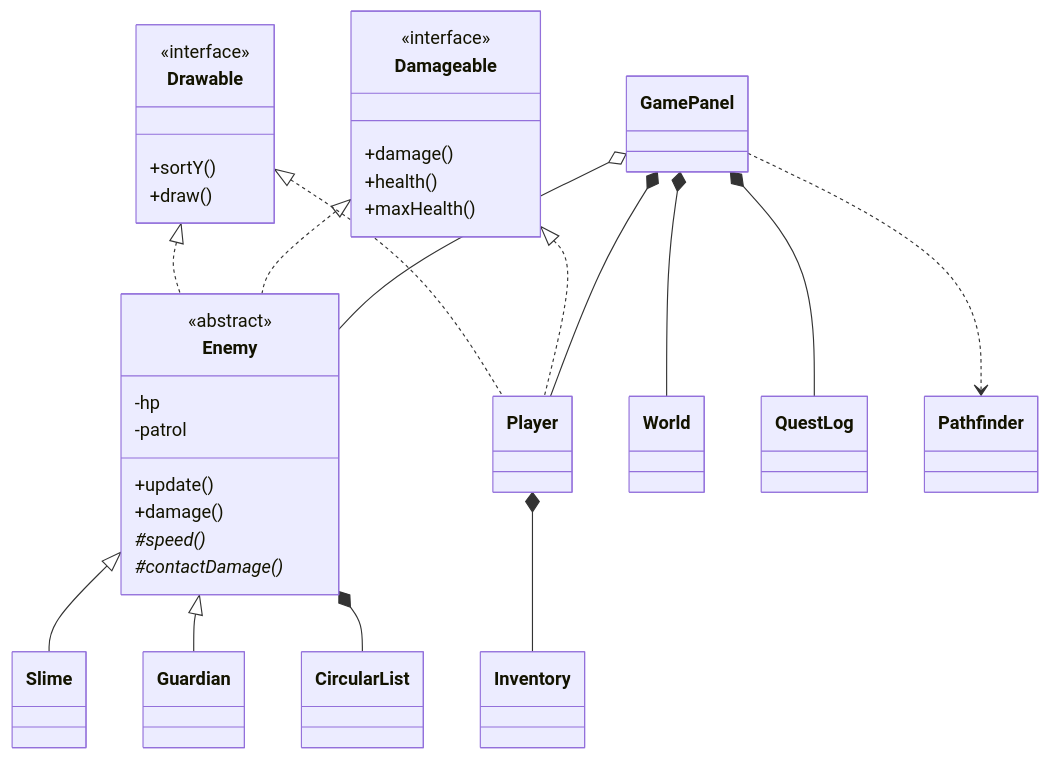
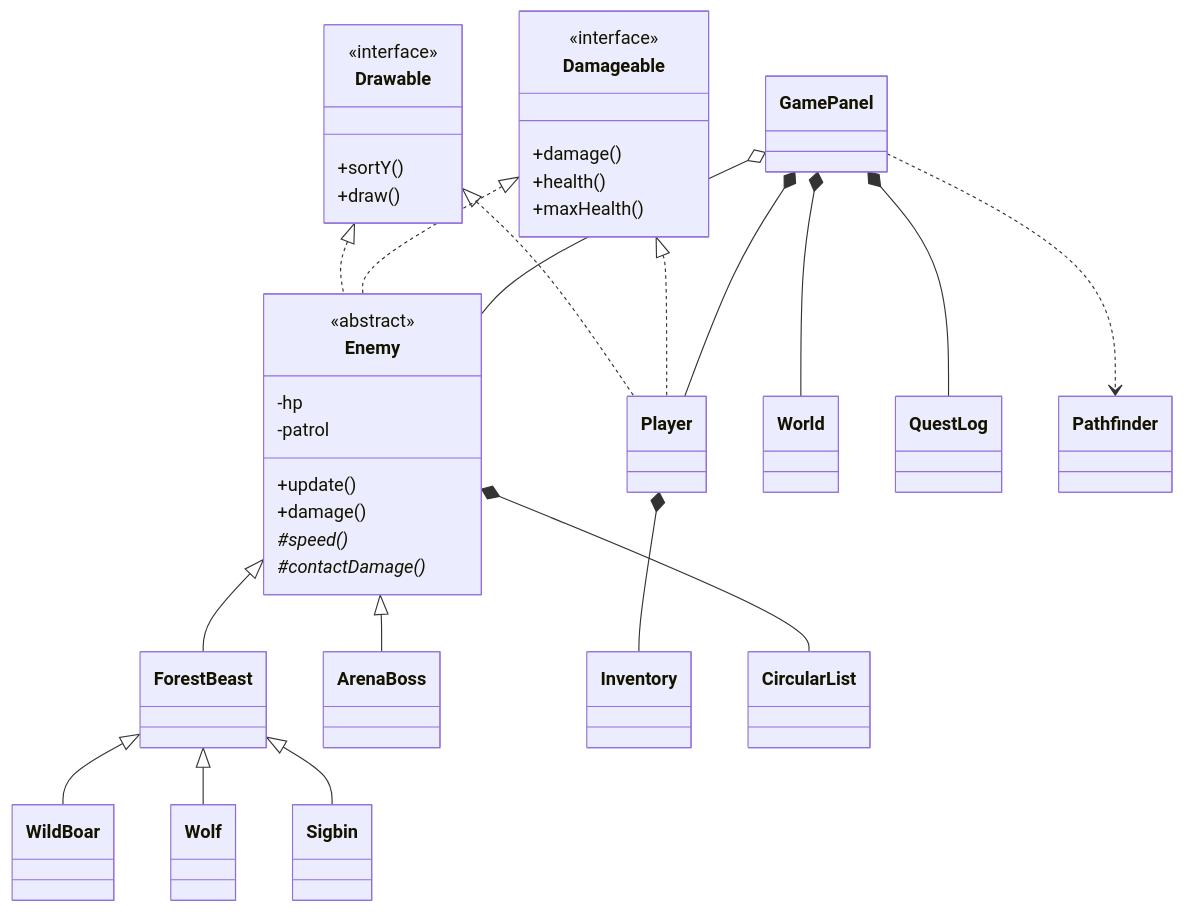
One commit to SteeveNavarro777-Glitch/Game_Development changed the diagram in docs/PROJECT_PLAN.md. Above: the diagram before and after it, drawn with Mermaid. The commit also changed other lines of this file and 187 other files, not shown here.

````diff
--- a/docs/PROJECT_PLAN.md
+++ b/docs/PROJECT_PLAN.md
@@ -60,36 +60,39 @@
 ```mermaid
 classDiagram
     class Drawable {
       <<interface>>
       +sortY()
       +draw()
     }
     class Damageable {
       <<interface>>
       +damage()
       +health()
       +maxHealth()
     }
     class Enemy {
       <<abstract>>
       -hp
       -patrol
       +update()
       +damage()
       #speed()*
       #contactDamage()*
     }
-    Enemy <|-- Slime
-    Enemy <|-- Guardian
+    Enemy <|-- ForestBeast
+    ForestBeast <|-- WildBoar
+    ForestBeast <|-- Wolf
+    ForestBeast <|-- Sigbin
+    Enemy <|-- ArenaBoss
     Drawable <|.. Enemy
     Damageable <|.. Enemy
     Drawable <|.. Player
     Damageable <|.. Player
     Player *-- Inventory
     Enemy *-- CircularList
     GamePanel *-- World
     GamePanel *-- Player
     GamePanel *-- QuestLog
     GamePanel o-- Enemy
     GamePanel ..> Pathfinder
 ```
````
